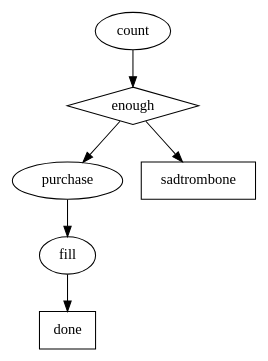
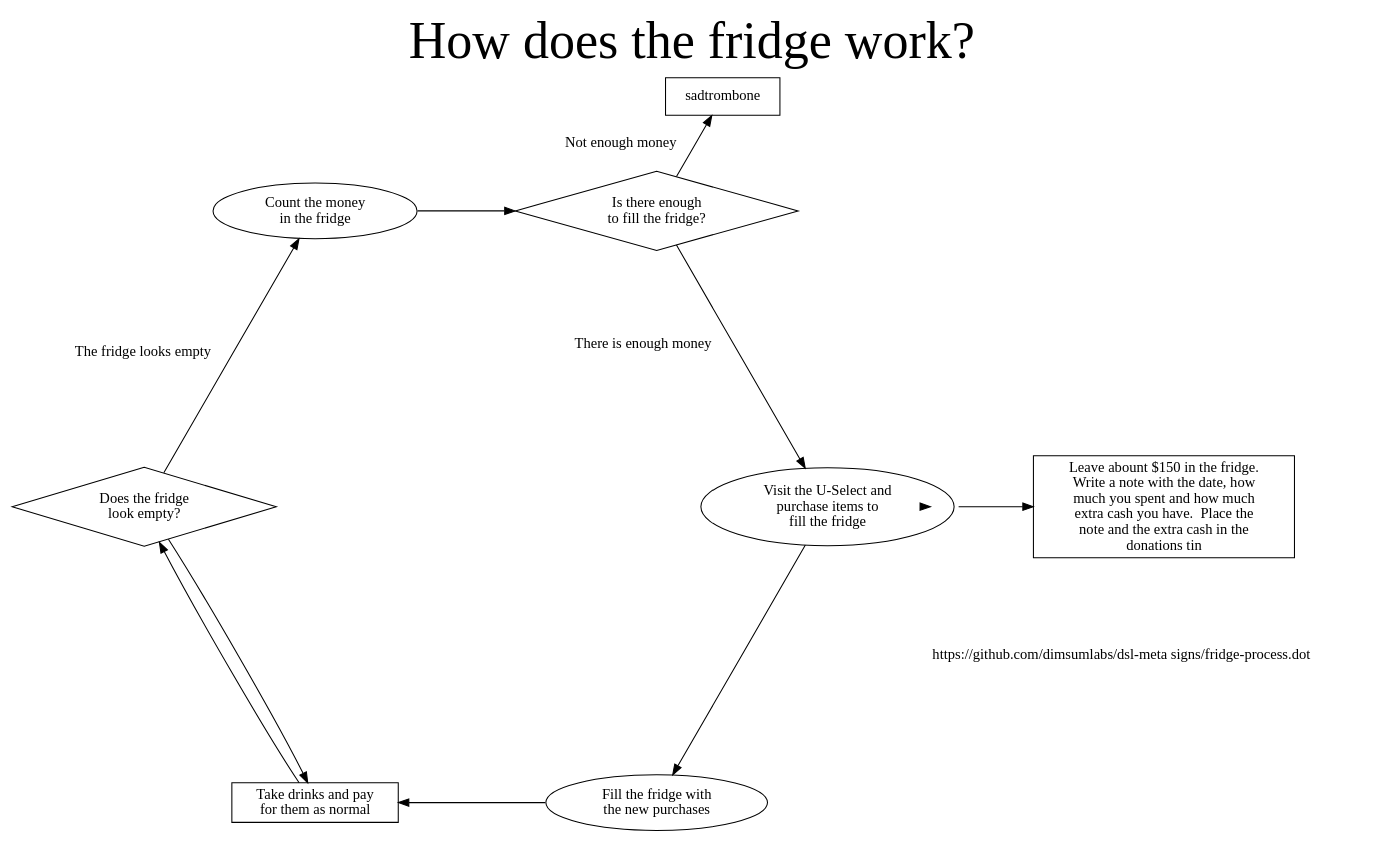
One commit to dimsumlabs/dsl-meta changed the diagram in signs/fridge-process.dot. Above: the diagram before and after it, drawn with Graphviz.

Commit message:
Add more details to the fridge process

```diff
--- a/signs/fridge-process.dot
+++ b/signs/fridge-process.dot
@@ -1,30 +1,34 @@
 #
 # Show the fridge flowchart
 #
 
 digraph G {
-    count [shape=ellipse];
-    enough [shape=diamond];
-    purchase [shape=ellipse];
-    done [shape=rectangle];
+    layout=circo;
+
+    fontsize="50";
+    labelloc="t";
+    label="How does the fridge work?";
+
+    lookingempty [shape=diamond label="Does the fridge\nlook empty?"];
+    count [shape=ellipse label="Count the money\nin the fridge"];
+    enough [shape=diamond label="Is there enough\nto fill the fridge?"];
+    purchase [shape=ellipse label="Visit the U-Select and\npurchase items to\nfill the fridge"];
+    fill [shape=ellipse label="Fill the fridge with\nthe new purchases"];
+    drink [shape=rectangle label="Take drinks and pay\nfor them as normal"];
     sadtrombone [shape=rectangle];
+    spacer [shape=none label=""];
+    note [shape=rectangle label="Leave abount $150 in the fridge.\nWrite a note with the date, how\nmuch you spent and how much\n extra cash you have.  Place the\nnote and the extra cash in the\ndonations tin"];
 
-    #thirsty [shape=rectangle];
-    #nothing [shape=diamond];
-    #pay [shape=ellipse];
-    #take [shape=ellipse];
-    #
-    #thirsty -> nothing;
-    #nothing -> sadtrombone;
-    #
-    #nothing -> pay;
-    #pay -> take;
-    #take -> done;
+    ref [shape=none label="https://github.com/dimsumlabs/dsl-meta signs/fridge-process.dot"];
 
+    lookingempty -> count [label="The fridge looks empty"];
+    lookingempty -> drink;
     count -> enough;
-    enough -> sadtrombone;
+    enough -> sadtrombone [label="Not enough money"];
 
-    enough -> purchase;
+    enough -> purchase [label="There is enough money  "];
     purchase -> fill;
-    fill -> done;
+    purchase -> spacer -> note;
+    fill -> drink;
+    drink -> lookingempty;
 }
```
